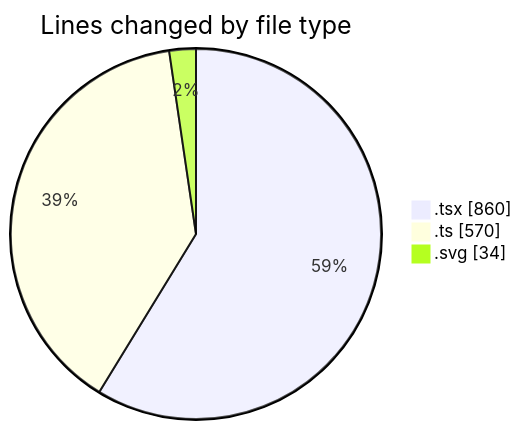
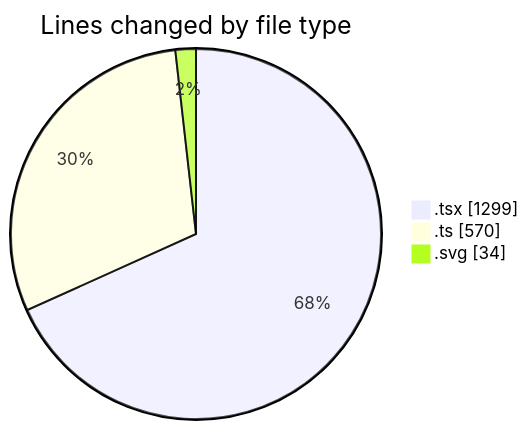
Before and after one commit to FixMe24/code-tracking: the first of 2 diagrams in 2025-05-21/fixme24/README.md, drawn with Mermaid. The commit also changed other lines of this file and 1 other file, not shown here.

````diff
--- a/2025-05-21/fixme24/README.md
+++ b/2025-05-21/fixme24/README.md
@@ -33,7 +35,7 @@
 ```mermaid
 pie showData
 title Lines changed by file type
-".tsx" : 860
+".tsx" : 1299
 ".ts" : 570
 ".svg" : 34
 ```
````
